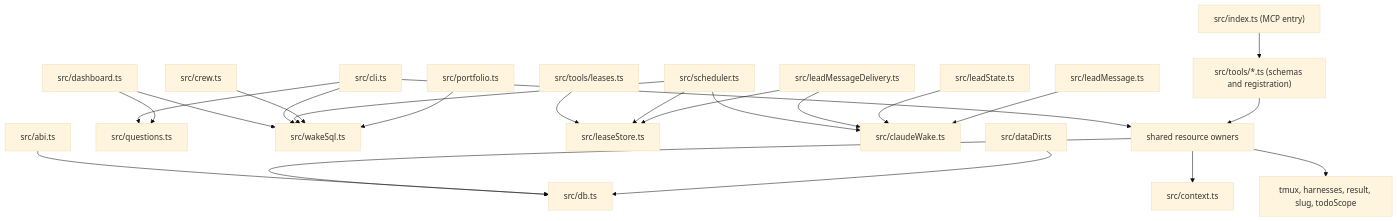
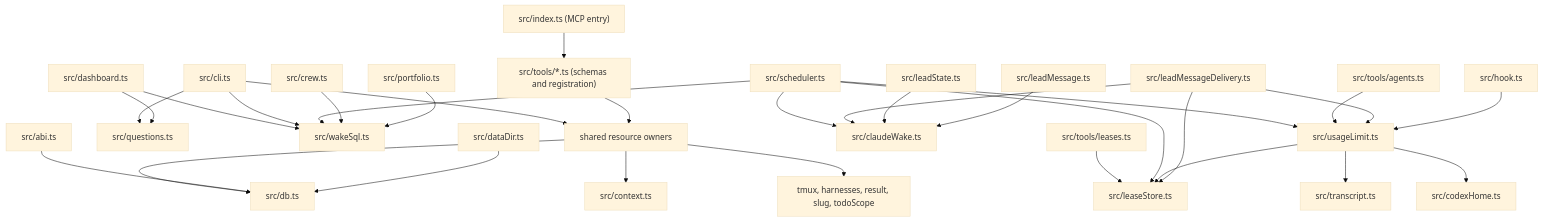
The second of 8 diagrams in docs/architecture.md (cmgmyr/hive), drawn with Mermaid (base theme) before and after one commit. The commit also changed other lines of this file and 37 other files, not shown here.

First line of the commit message:
Hold wakes, messages and spawns while a harness is at its usage limit (todo 2196) (#175)

````diff
--- a/docs/architecture.md
+++ b/docs/architecture.md
@@ -44,25 +50,32 @@
 ```mermaid
 flowchart TB
     index["src/index.ts (MCP entry)"] --> registrations["src/tools/*.ts (schemas and registration)"]
     cli["src/cli.ts"] --> owners["shared resource owners"]
     registrations --> owners
     cli --> questions["src/questions.ts"]
     dashboard["src/dashboard.ts"] --> questions
     dashboard --> wakeSql["src/wakeSql.ts"]
     cli --> wakeSql
     scheduler["src/scheduler.ts"] --> wakeSql
     leaseTool["src/tools/leases.ts"] --> leaseStore["src/leaseStore.ts"]
     scheduler --> leaseStore
+    scheduler --> usageLimit["src/usageLimit.ts"]
+    agents["src/tools/agents.ts"] --> usageLimit
+    messageDelivery["src/leadMessageDelivery.ts"] --> usageLimit
+    hook["src/hook.ts"] --> usageLimit
+    usageLimit --> transcript["src/transcript.ts"]
+    usageLimit --> codexHome["src/codexHome.ts"]
+    usageLimit --> leaseStore
     scheduler --> claudeWake["src/claudeWake.ts"]
     messageDelivery["src/leadMessageDelivery.ts"] --> leaseStore
     messageDelivery --> claudeWake
     leadState["src/leadState.ts"] --> claudeWake
     leadMessage["src/leadMessage.ts"] --> claudeWake
     crew["src/crew.ts"] --> wakeSql
     portfolio["src/portfolio.ts"] --> wakeSql
     owners --> db["src/db.ts"]
     owners --> context["src/context.ts"]
     owners --> leaves["tmux, harnesses, result, slug, todoScope"]
     abi["src/abi.ts"] --> db
     dataDir["src/dataDir.ts"] --> db
 ```
````
